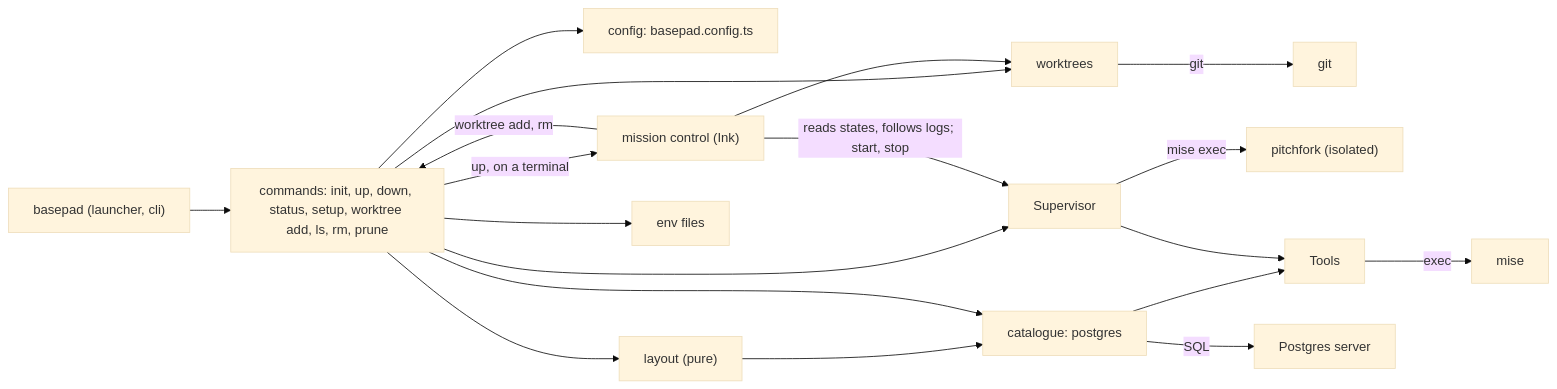
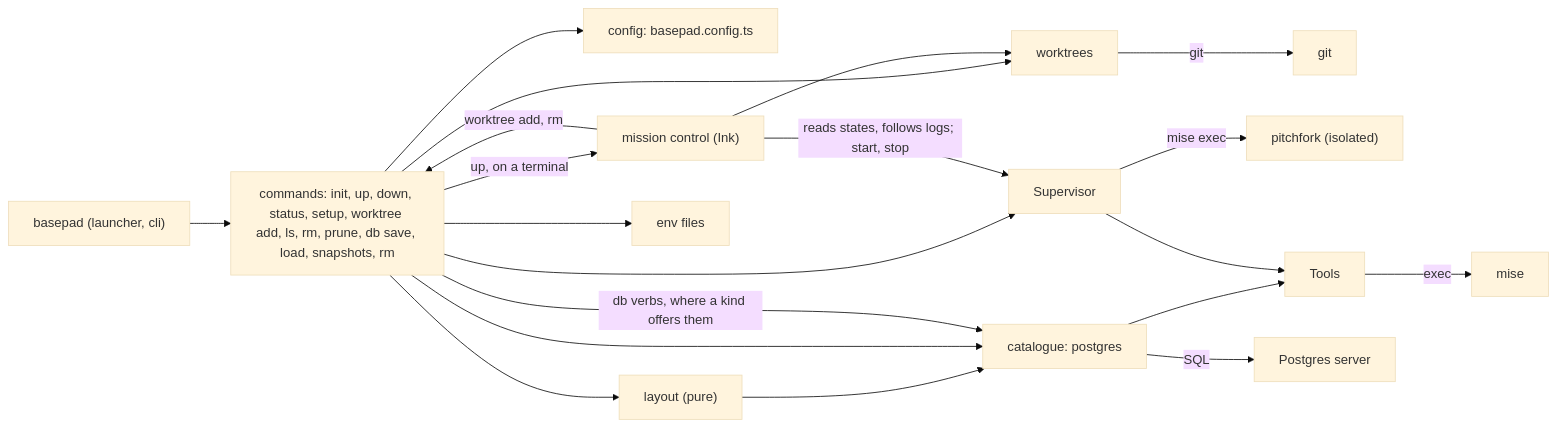
Before and after one commit to Aysnc-Labs/basepad: the diagram in docs/feature-map.md, drawn with Mermaid (base theme). The commit also changed other lines of this file and 6 other files, not shown here.

First line of the commit message:
db save, load, snapshots and rm (#26)

````diff
--- a/docs/feature-map.md
+++ b/docs/feature-map.md
@@ -12,21 +12,22 @@
 ```mermaid
 flowchart LR
-  CLI["basepad (launcher, cli)"] --> Commands["commands: init, up, down, status, setup, worktree add, ls, rm, prune"]
+  CLI["basepad (launcher, cli)"] --> Commands["commands: init, up, down, status, setup, worktree add, ls, rm, prune, db save, load, snapshots, rm"]
   Commands --> Worktrees["worktrees"]
   Worktrees -- "git" --> Git["git"]
   Commands --> Config["config: basepad.config.ts"]
   Commands --> Layout["layout (pure)"]
   Layout --> Catalogue
   Commands --> Catalogue["catalogue: postgres"]
+  Commands -- "db verbs, where a kind offers them" --> Catalogue
   Commands --> Supervisor
   Commands -- "up, on a terminal" --> MissionControl["mission control (Ink)"]
   MissionControl -- "reads states, follows logs; start, stop" --> Supervisor
   MissionControl --> Worktrees
   MissionControl -- "worktree add, rm" --> Commands
   Commands --> EnvFiles["env files"]
   Supervisor -- "mise exec" --> Pitchfork["pitchfork (isolated)"]
   Catalogue --> Tools
   Supervisor --> Tools
   Tools -- "exec" --> Mise["mise"]
   Catalogue -- "SQL" --> Postgres["Postgres server"]
 ```
````
